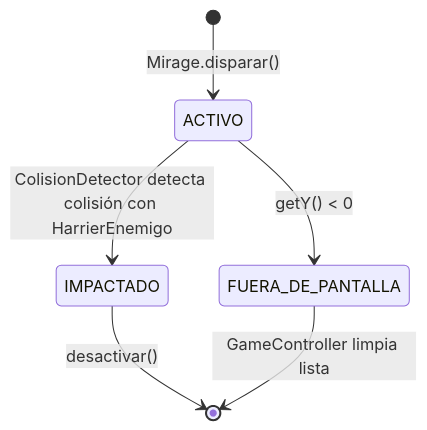
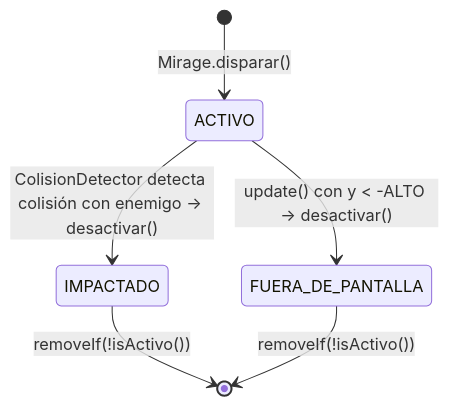
One commit to Christian-Rojas-Rodriguez/juego-1982 changed the third of 4 diagrams in docs/v1/diseño/diagramas-estado.md. Above: the diagram before and after it, drawn with Mermaid. The commit also changed other lines of this file and 12 other files, not shown here.

First line of the commit message:
fix+docs: sincronizar diagramas v1 con el codigo, fixes de auditoria y warnings

````diff
--- a/docs/v1/diseño/diagramas-estado.md
+++ b/docs/v1/diseño/diagramas-estado.md
@@ -65,10 +87,10 @@
 ```mermaid
 stateDiagram-v2
     [*] --> ACTIVO : Mirage.disparar()
 
-    ACTIVO --> IMPACTADO : ColisionDetector detecta colisión con HarrierEnemigo
-    ACTIVO --> FUERA_DE_PANTALLA : getY() < 0
+    ACTIVO --> IMPACTADO : ColisionDetector detecta colisión con enemigo → desactivar()
+    ACTIVO --> FUERA_DE_PANTALLA : update() con y < -ALTO → desactivar()
 
-    IMPACTADO --> [*] : desactivar()
-    FUERA_DE_PANTALLA --> [*] : GameController limpia lista
+    IMPACTADO --> [*] : removeIf(!isActivo())
+    FUERA_DE_PANTALLA --> [*] : removeIf(!isActivo())
 ```
````
